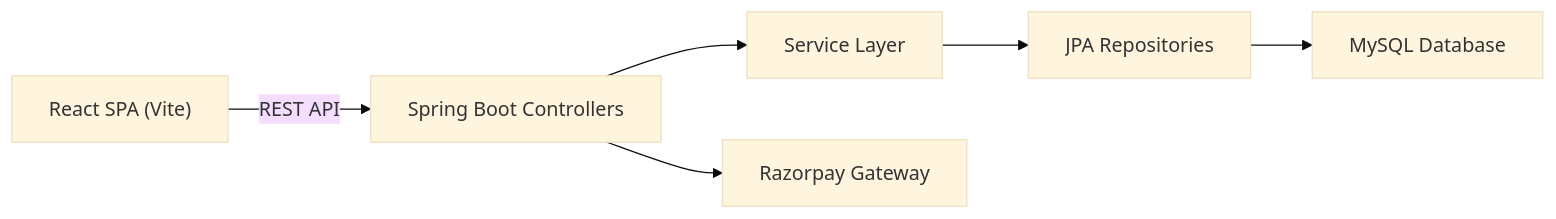
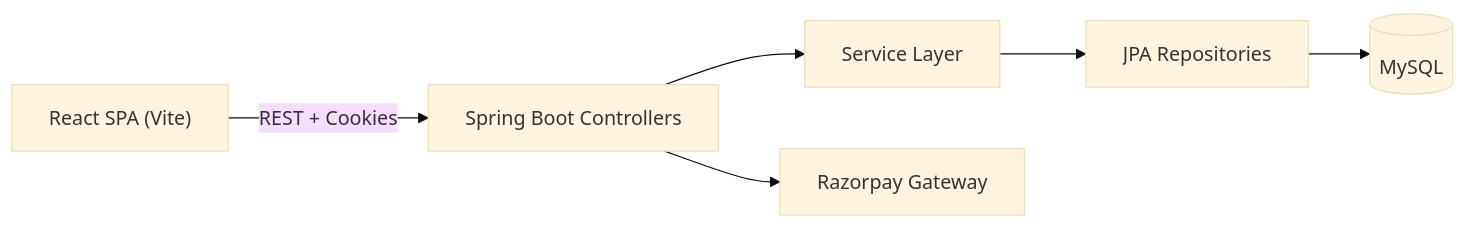
The first of 2 diagrams in PROJECT_REPORT.md (annnuuupam/NexCart), drawn with Mermaid (base theme) before and after one commit. The commit also changed other lines of this file and 14 other files, not shown here.

````diff
--- a/PROJECT_REPORT.md
+++ b/PROJECT_REPORT.md
@@ -100,8 +89,8 @@
 ```mermaid
 flowchart LR
-  UI["React SPA (Vite)"] -->|REST API| API["Spring Boot Controllers"]
+  UI["React SPA (Vite)"] -->|REST + Cookies| API["Spring Boot Controllers"]
   API --> SVC["Service Layer"]
-  SVC --> JPA["JPA Repositories"]
-  JPA --> DB["MySQL Database"]
-  API --> PAY["Razorpay Gateway"]
+  SVC --> REPO["JPA Repositories"]
+  REPO --> DB[("MySQL")]
+  API --> RP["Razorpay Gateway"]
 ```
````
